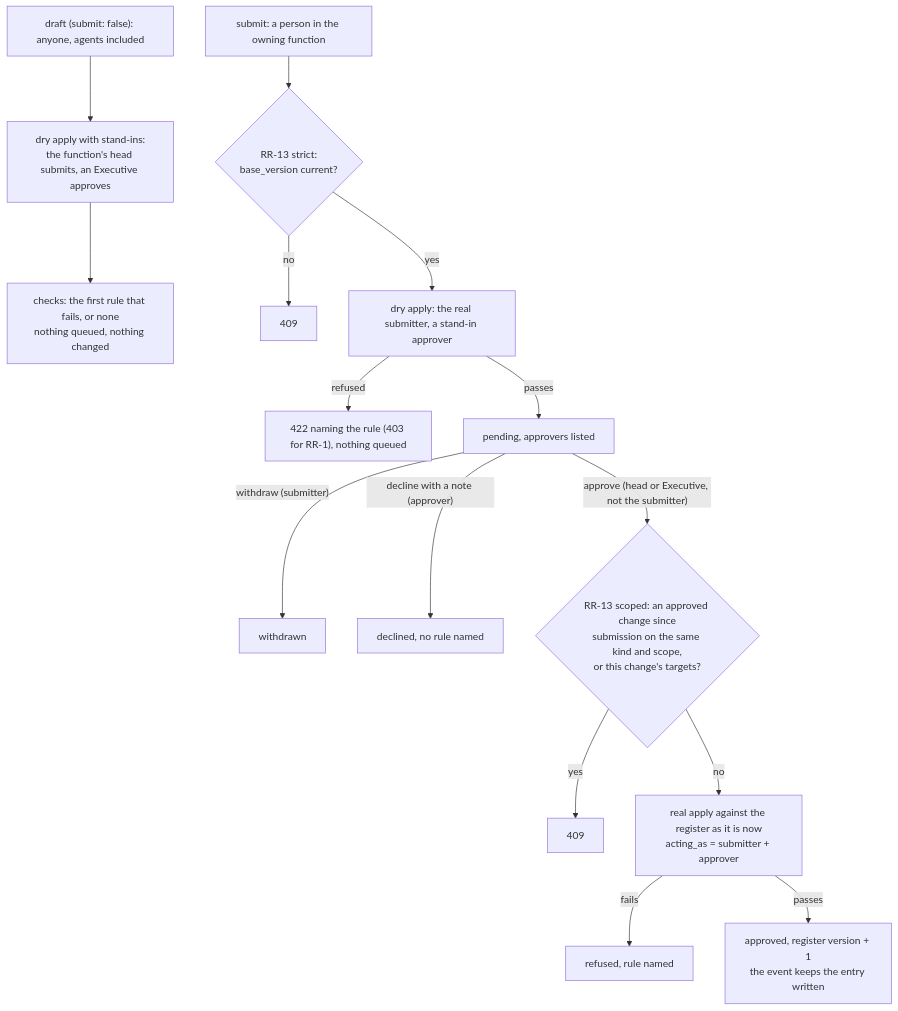
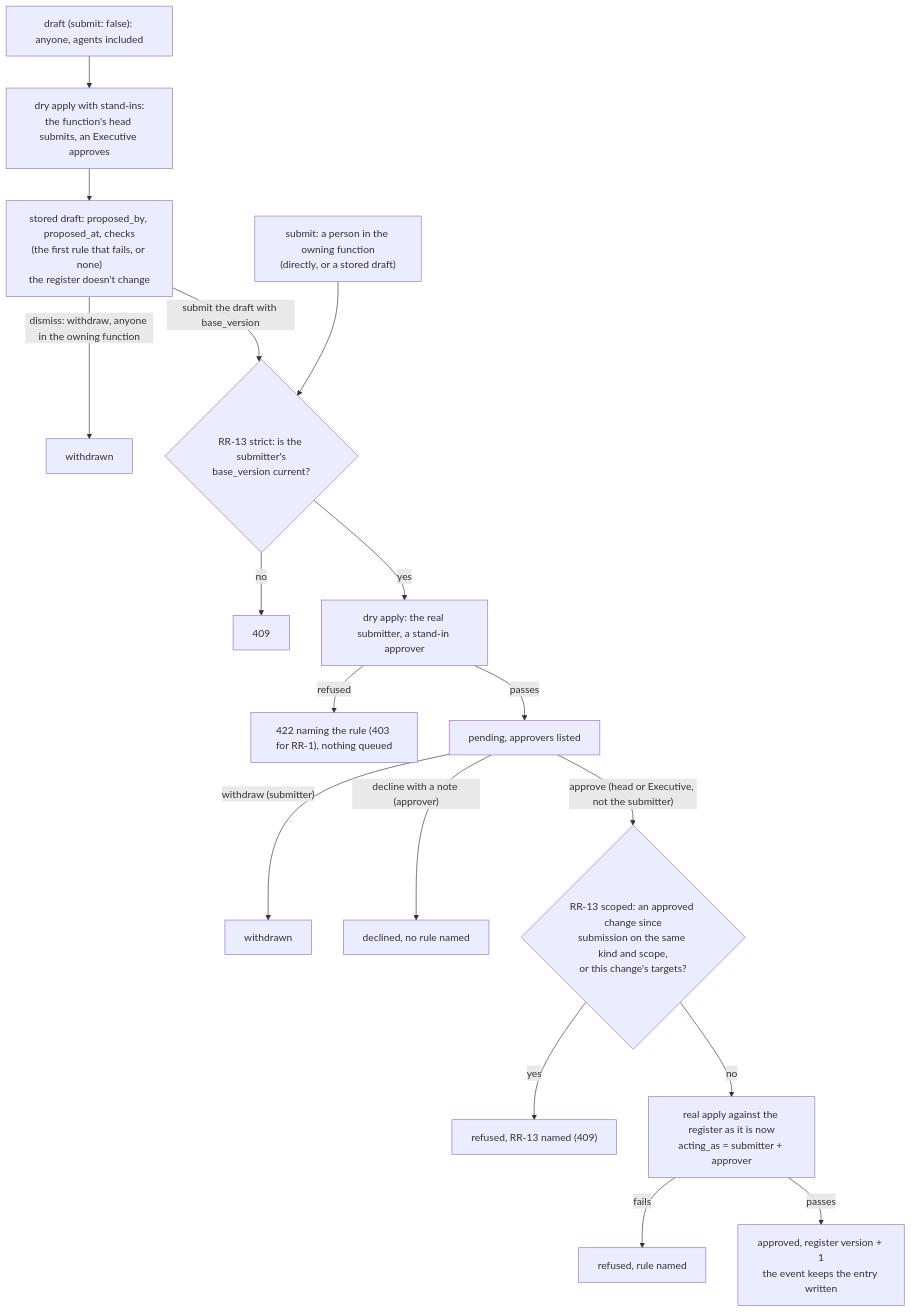
One commit to kloudtaxi/shiny-waffle changed the fifth of 10 diagrams in docs/superpowers/specs/2026-10-10-owm-service-design.md. Above: the diagram before and after it, drawn with Mermaid. The commit also changed other lines of this file, not shown here.

````diff
--- a/docs/superpowers/specs/2026-10-10-owm-service-design.md
+++ b/docs/superpowers/specs/2026-10-10-owm-service-design.md
@@ -396,17 +414,19 @@
 ```mermaid
 flowchart TD
   D["draft (submit: false): anyone, agents included"] --> D1["dry apply with stand-ins:<br/>the function's head submits, an Executive approves"]
-  D1 --> D2["checks: the first rule that fails, or none<br/>nothing queued, nothing changed"]
-  S["submit: a person in the owning function"] --> S1{"RR-13 strict:<br/>base_version current?"}
+  D1 --> D2["stored draft: proposed_by, proposed_at, checks<br/>(the first rule that fails, or none)<br/>the register doesn't change"]
+  D2 -- "dismiss: withdraw, anyone in the owning function" --> DW["withdrawn"]
+  D2 -- "submit the draft with base_version" --> S1
+  S["submit: a person in the owning function<br/>(directly, or a stored draft)"] --> S1{"RR-13 strict: is the submitter's<br/>base_version current?"}
   S1 -- no --> S0["409"]
   S1 -- yes --> S2["dry apply: the real submitter, a stand-in approver"]
   S2 -- refused --> S3["422 naming the rule (403 for RR-1), nothing queued"]
   S2 -- passes --> P["pending, approvers listed"]
   P -- "withdraw (submitter)" --> W["withdrawn"]
   P -- "decline with a note (approver)" --> X["declined, no rule named"]
   P -- "approve (head or Executive, not the submitter)" --> A1{"RR-13 scoped: an approved change since<br/>submission on the same kind and scope,<br/>or this change's targets?"}
-  A1 -- yes --> A0["409"]
+  A1 -- yes --> A0["refused, RR-13 named (409)"]
   A1 -- no --> A2["real apply against the register as it is now<br/>acting_as = submitter + approver"]
   A2 -- fails --> RF["refused, rule named"]
   A2 -- passes --> OK["approved, register version + 1<br/>the event keeps the entry written"]
 ```
````
